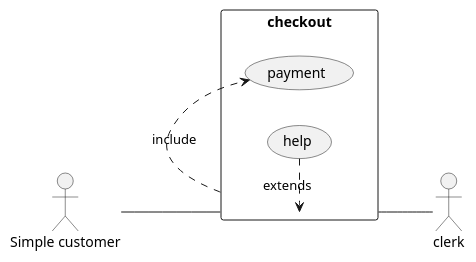
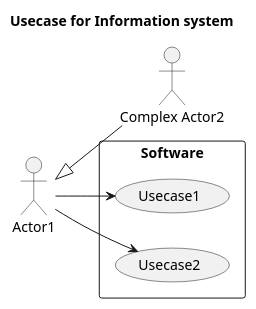
One commit to oleksandrblazhko/ai202-test changed the diagram in Example-1-UseCase.puml. Above: the diagram before and after it, drawn with PlantUML. The commit also changed other lines of this file, not shown here.

```diff
--- a/Example-1-UseCase.puml
+++ b/Example-1-UseCase.puml
@@ -2,15 +1,20 @@
 @startuml
+
+title Usecase for Information system
 
 left to right direction
 
-actor :Simple customer:
-actor clerk
+actor Actor1
+actor :Complex Actor2:
 
-rectangle checkout {
-	:Simple customer: -- (checkout)
-	(checkout) .> (payment) : include
-	(help) .> (checkout) : extends
-	(checkout) -- clerk
+Actor1 <|-- :Complex Actor2:
+
+rectangle Software {
+    usecase (Usecase1)
+    usecase (Usecase2)
+    
+    Actor1 --> (Usecase1)
+    Actor1 --> (Usecase2)
 }
 
 @enduml
```
